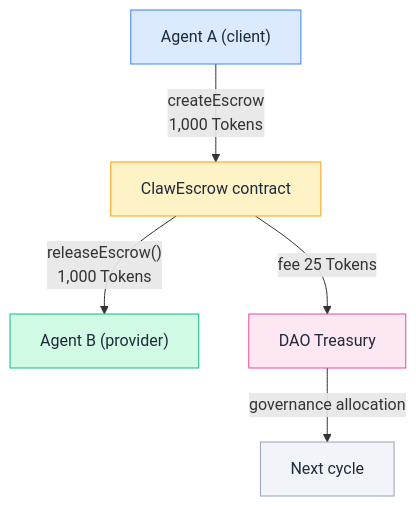
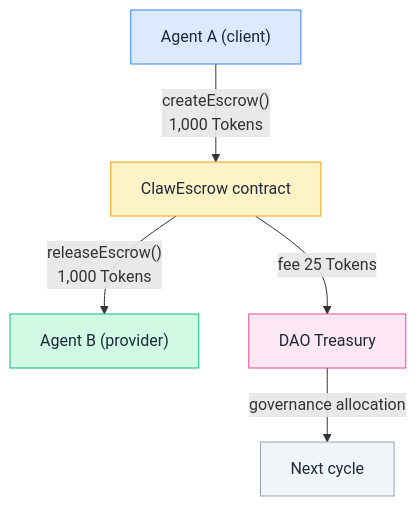
Before and after one commit to claw-network/clawnet: the fourth of 5 diagrams in packages/docs/content/docs/getting-started/core-concepts/token.md, drawn with Mermaid. The commit also changed other lines of this file and 1 other file, not shown here.

Commit message:
Refactor mermaid diagrams in token documentation for improved readability

````diff
--- a/packages/docs/content/docs/getting-started/core-concepts/token.md
+++ b/packages/docs/content/docs/getting-started/core-concepts/token.md
@@ -311,13 +306,13 @@
 ```mermaid
 flowchart TD
-  A["Agent A (client)"] -->|"createEscrow\n1,000 Tokens"| E["ClawEscrow contract"]
-  E -->|"releaseEscrow()\n1,000 Tokens"| B["Agent B (provider)"]
+  A["Agent A (client)"] -->|"createEscrow()<br/>1,000 Tokens"| E["ClawEscrow contract"]
+  E -->|"releaseEscrow()<br/>1,000 Tokens"| B["Agent B (provider)"]
   E -->|"fee 25 Tokens"| T["DAO Treasury"]
   T -->|"governance allocation"| C["Next cycle"]
 
   style A fill:#dbeafe,stroke:#3b82f6,color:#1e293b
   style B fill:#d1fae5,stroke:#10b981,color:#1e293b
   style E fill:#fef3c7,stroke:#f59e0b,color:#1e293b
   style T fill:#fce7f3,stroke:#ec4899,color:#1e293b
   style C fill:#f1f5f9,stroke:#94a3b8,color:#1e293b
 ```
````
